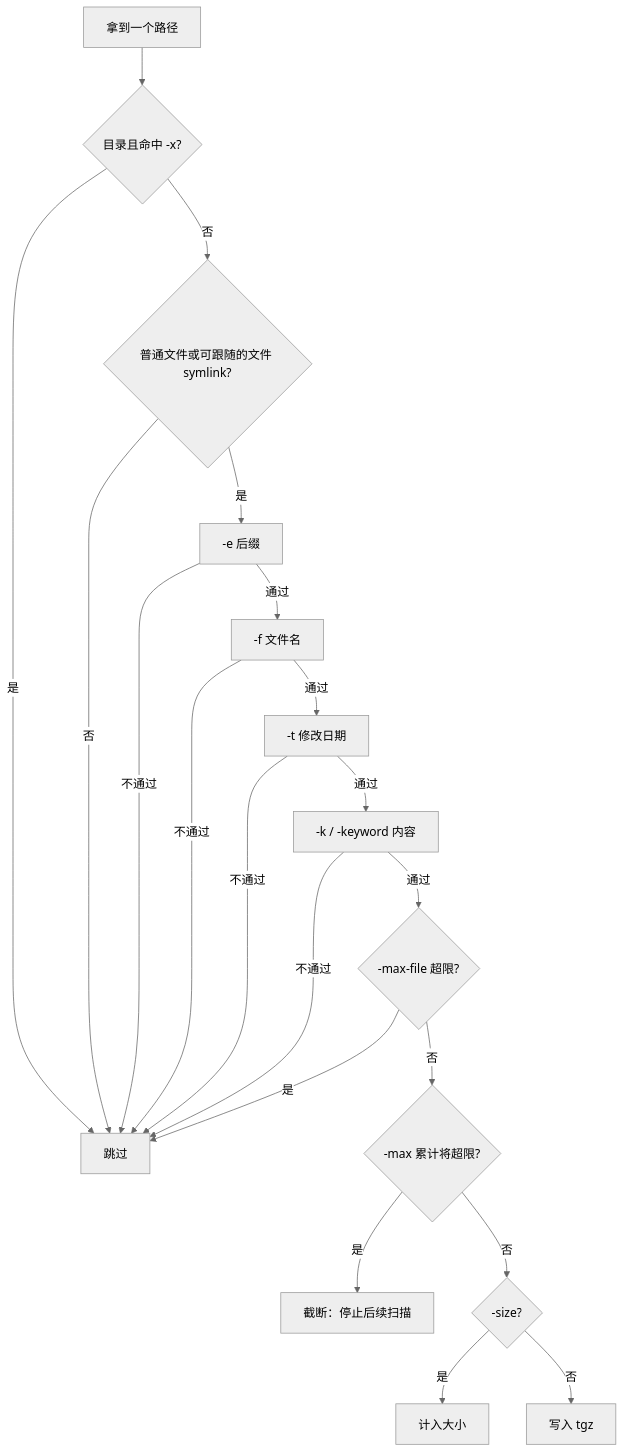
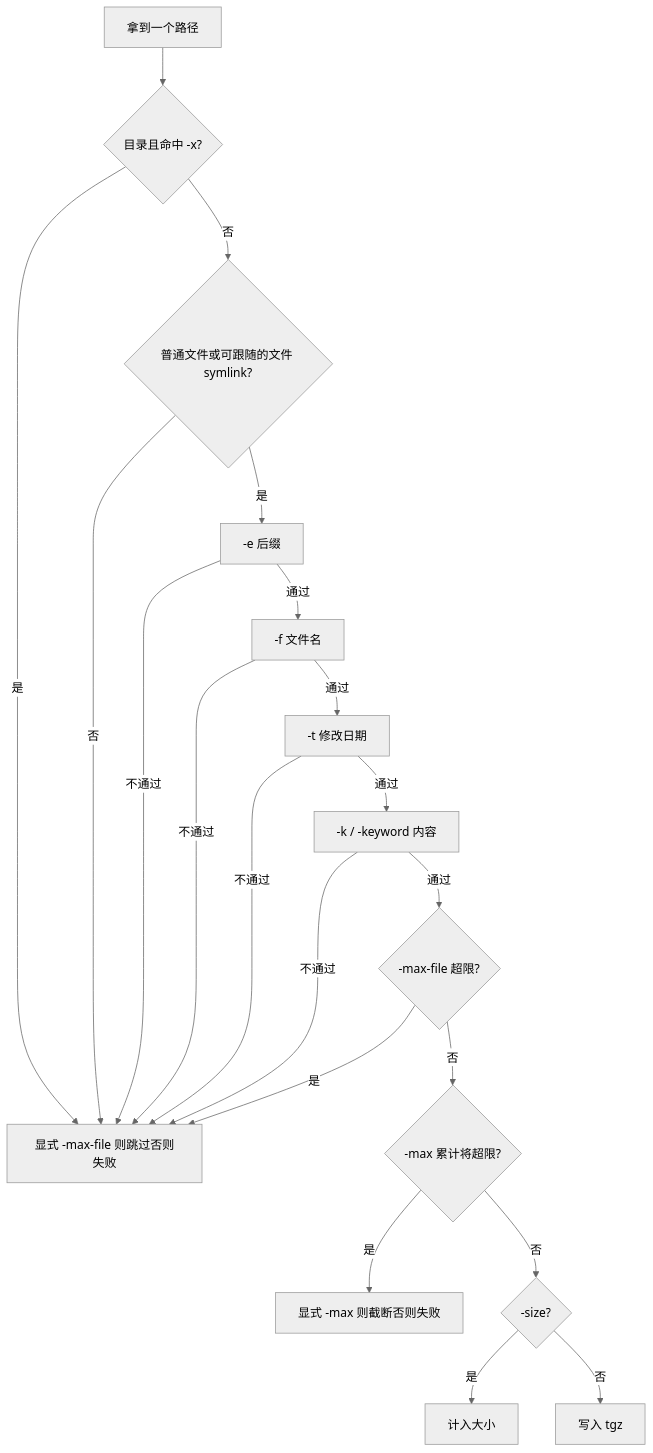
Before and after one commit to simonlee-hello/Fdoc: the second of 2 diagrams in README.zh-CN.md, drawn with Mermaid (neutral theme). The commit also changed other lines of this file and 5 other files, not shown here.

````diff
--- a/README.zh-CN.md
+++ b/README.zh-CN.md
@@ -51,22 +51,22 @@
 ```mermaid
 flowchart TD
   A[拿到一个路径] --> B{目录且命中 -x?}
   B -->|是| Z1[跳过]
   B -->|否| C{普通文件或可跟随的文件 symlink?}
   C -->|否| Z1
   C -->|是| D[-e 后缀]
   D -->|不通过| Z1
   D -->|通过| E[-f 文件名]
   E -->|不通过| Z1
   E -->|通过| F[-t 修改日期]
   F -->|不通过| Z1
   F -->|通过| G[-k / -keyword 内容]
   G -->|不通过| Z1
   G -->|通过| H{-max-file 超限?}
-  H -->|是| Z1
+  H -->|是| Z1[显式 -max-file 则跳过否则失败]
   H -->|否| I{-max 累计将超限?}
-  I -->|是| Z2[截断：停止后续扫描]
+  I -->|是| Z2[显式 -max 则截断否则失败]
   I -->|否| J{-size?}
   J -->|是| Z3[计入大小]
   J -->|否| Z4[写入 tgz]
 ```
````
